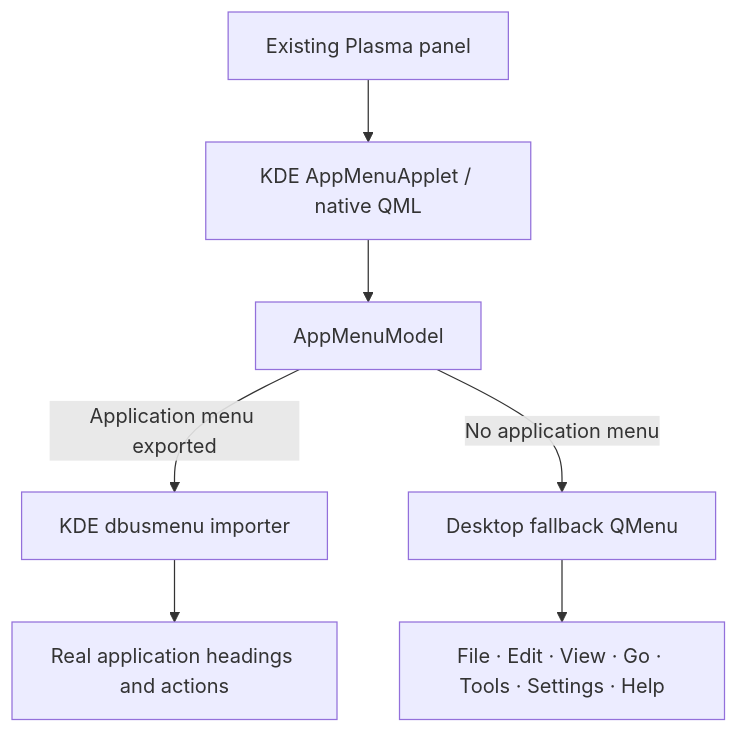
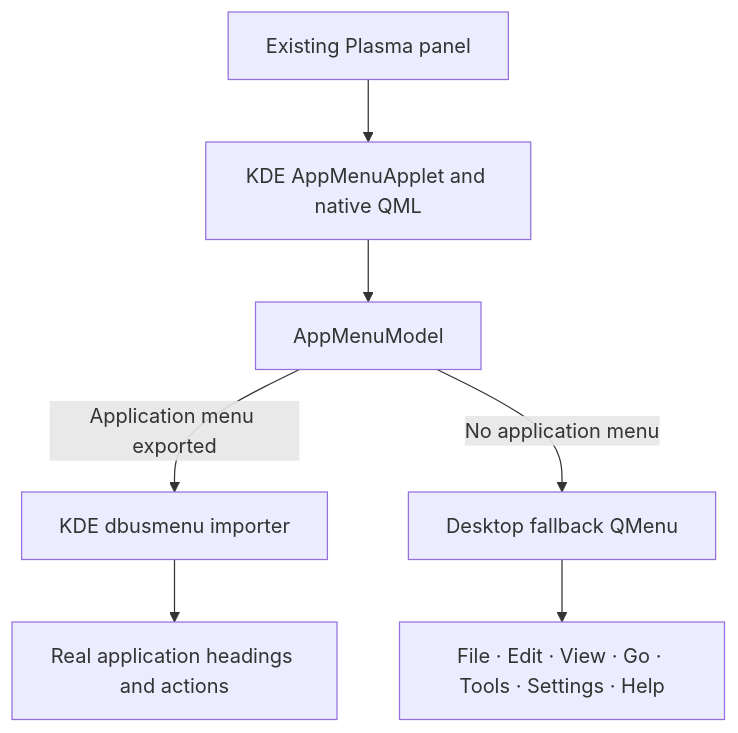
Before and after one commit to ChathurangaBW/global-menu-KDE: the diagram in README.md, drawn with Mermaid. The commit also changed other lines of this file and 15 other files, not shown here.

````diff
--- a/README.md
+++ b/README.md
@@ -66,9 +133,9 @@
 ```mermaid
 flowchart TD
-    A[Existing Plasma panel] --> B[KDE AppMenuApplet / native QML]
+    A[Existing Plasma panel] --> B[KDE AppMenuApplet and native QML]
     B --> C[AppMenuModel]
     C -->|Application menu exported| D[KDE dbusmenu importer]
     C -->|No application menu| E[Desktop fallback QMenu]
     D --> F[Real application headings and actions]
     E --> G[File · Edit · View · Go · Tools · Settings · Help]
 ```
````
